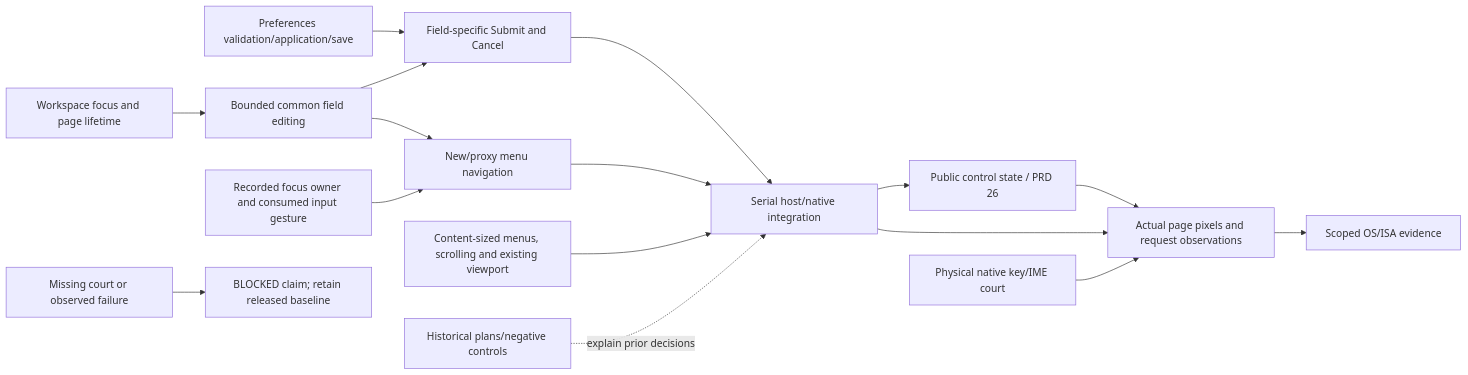
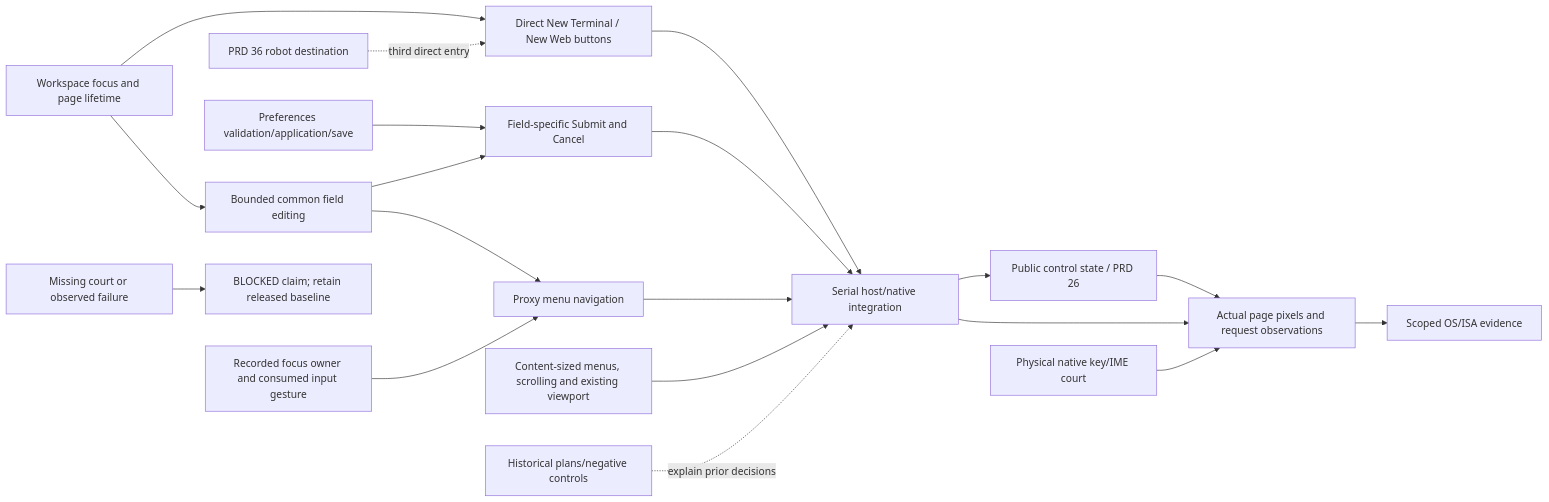
One commit to partnernetsoftware/minicon changed the diagram in prd/PRD_02_25_02_browser_controls.md. Above: the diagram before and after it, drawn with Mermaid. The commit also changed other lines of this file and 14 other files, not shown here.

Commit message:
Add fixed home destination and direct tab creation buttons

````diff
--- a/prd/PRD_02_25_02_browser_controls.md
+++ b/prd/PRD_02_25_02_browser_controls.md
@@ -43,18 +49,21 @@
 ```mermaid
 flowchart LR
     W[Workspace focus and page lifetime] --> E[Bounded common field editing]
     P[Preferences validation/application/save] --> A[Field-specific Submit and Cancel]
     E --> A
-    E --> M[New/proxy menu navigation]
+    E --> M[Proxy menu navigation]
+    W --> D[Direct New Terminal / New Web buttons]
+    D --> I
+    ROB[PRD 36 robot destination] -. third direct entry .-> D
     F[Recorded focus owner and consumed input gesture] --> M
     A --> I[Serial host/native integration]
     M --> I
     L[Content-sized menus, scrolling and existing viewport] --> I
     I --> S[Public control state / PRD 26]
     S --> N
     I --> N[Actual page pixels and request observations]
     K[Physical native key/IME court] --> N
     N --> Q[Scoped OS/ISA evidence]
     X[Missing court or observed failure] --> B[BLOCKED claim; retain released baseline]
     H[Historical plans/negative controls] -. explain prior decisions .-> I
 ```
````
